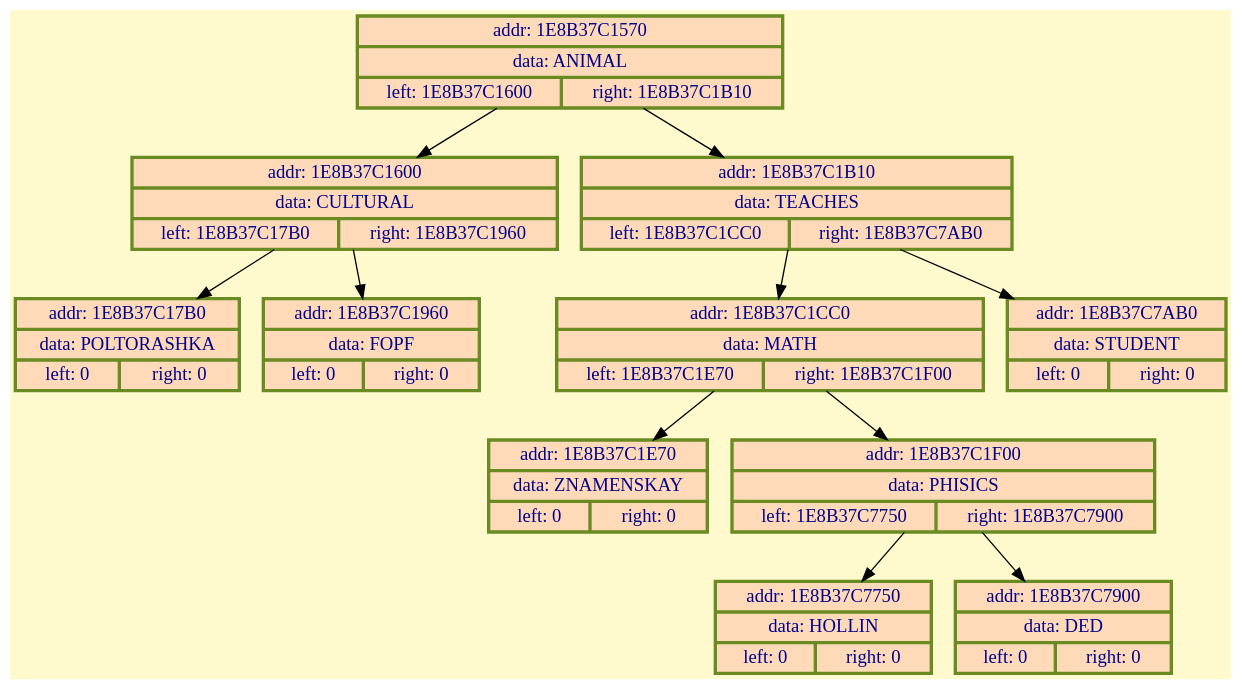
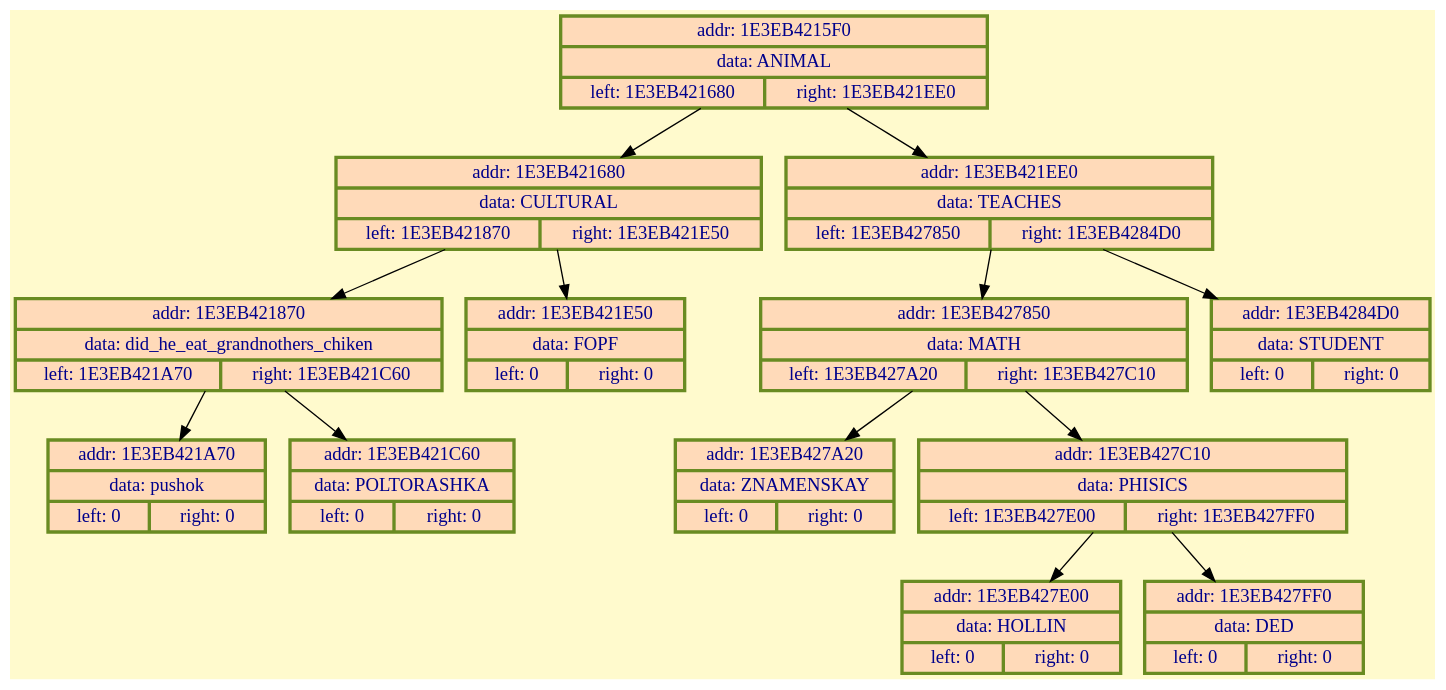
Before and after one commit to BulgakovDmitry/AKINATOR: the diagram in dumpFile.gv, drawn with Graphviz. The commit also changed 4 other files, not shown here.

```diff
--- a/dumpFile.gv
+++ b/dumpFile.gv
@@ -1,18 +1,20 @@
 digraph
 {
     node [ style = filled, fontcolor=darkblue, fillcolor=peachpuff, color="#252A34", penwidth = 2.5 ];
     bgcolor = "lemonchiffon";
 
-    node_000001e8b37c1570 [shape=record, color=olivedrab4, label=" {addr: 1E8B37C1570 | data: ANIMAL | {left: 1E8B37C1600 | right: 1E8B37C1B10}} "];
-    node_000001e8b37c1600 [shape=record, color=olivedrab4, label=" {addr: 1E8B37C1600 | data: CULTURAL | {left: 1E8B37C17B0 | right: 1E8B37C1960}} "];
-    node_000001e8b37c17b0 [shape=record, color=olivedrab4, label=" {addr: 1E8B37C17B0 | data: POLTORASHKA | {left: 0 | right: 0}} "];
-    node_000001e8b37c1960 [shape=record, color=olivedrab4, label=" {addr: 1E8B37C1960 | data: FOPF | {left: 0 | right: 0}} "];
-    node_000001e8b37c1b10 [shape=record, color=olivedrab4, label=" {addr: 1E8B37C1B10 | data: TEACHES | {left: 1E8B37C1CC0 | right: 1E8B37C7AB0}} "];
-    node_000001e8b37c1cc0 [shape=record, color=olivedrab4, label=" {addr: 1E8B37C1CC0 | data: MATH | {left: 1E8B37C1E70 | right: 1E8B37C1F00}} "];
-    node_000001e8b37c1e70 [shape=record, color=olivedrab4, label=" {addr: 1E8B37C1E70 | data: ZNAMENSKAY | {left: 0 | right: 0}} "];
-    node_000001e8b37c1f00 [shape=record, color=olivedrab4, label=" {addr: 1E8B37C1F00 | data: PHISICS | {left: 1E8B37C7750 | right: 1E8B37C7900}} "];
-    node_000001e8b37c7750 [shape=record, color=olivedrab4, label=" {addr: 1E8B37C7750 | data: HOLLIN | {left: 0 | right: 0}} "];
-    node_000001e8b37c7900 [shape=record, color=olivedrab4, label=" {addr: 1E8B37C7900 | data: DED | {left: 0 | right: 0}} "];
-    node_000001e8b37c7ab0 [shape=record, color=olivedrab4, label=" {addr: 1E8B37C7AB0 | data: STUDENT | {left: 0 | right: 0}} "];
-    node_000001e8b37c1570 -> node_000001e8b37c1600     node_000001e8b37c1600 -> node_000001e8b37c17b0     node_000001e8b37c1600 -> node_000001e8b37c1960    node_000001e8b37c1570 -> node_000001e8b37c1b10    node_000001e8b37c1b10 -> node_000001e8b37c1cc0     node_000001e8b37c1cc0 -> node_000001e8b37c1e70     node_000001e8b37c1cc0 -> node_000001e8b37c1f00    node_000001e8b37c1f00 -> node_000001e8b37c7750     node_000001e8b37c1f00 -> node_000001e8b37c7900    node_000001e8b37c1b10 -> node_000001e8b37c7ab0
+    node_000001e3eb4215f0 [shape=record, color=olivedrab4, label=" {addr: 1E3EB4215F0 | data: ANIMAL | {left: 1E3EB421680 | right: 1E3EB421EE0}} "];
+    node_000001e3eb421680 [shape=record, color=olivedrab4, label=" {addr: 1E3EB421680 | data: CULTURAL | {left: 1E3EB421870 | right: 1E3EB421E50}} "];
+    node_000001e3eb421870 [shape=record, color=olivedrab4, label=" {addr: 1E3EB421870 | data: did_he_eat_grandnothers_chiken | {left: 1E3EB421A70 | right: 1E3EB421C60}} "];
+    node_000001e3eb421a70 [shape=record, color=olivedrab4, label=" {addr: 1E3EB421A70 | data: pushok | {left: 0 | right: 0}} "];
+    node_000001e3eb421c60 [shape=record, color=olivedrab4, label=" {addr: 1E3EB421C60 | data: POLTORASHKA | {left: 0 | right: 0}} "];
+    node_000001e3eb421e50 [shape=record, color=olivedrab4, label=" {addr: 1E3EB421E50 | data: FOPF | {left: 0 | right: 0}} "];
+    node_000001e3eb421ee0 [shape=record, color=olivedrab4, label=" {addr: 1E3EB421EE0 | data: TEACHES | {left: 1E3EB427850 | right: 1E3EB4284D0}} "];
+    node_000001e3eb427850 [shape=record, color=olivedrab4, label=" {addr: 1E3EB427850 | data: MATH | {left: 1E3EB427A20 | right: 1E3EB427C10}} "];
+    node_000001e3eb427a20 [shape=record, color=olivedrab4, label=" {addr: 1E3EB427A20 | data: ZNAMENSKAY | {left: 0 | right: 0}} "];
+    node_000001e3eb427c10 [shape=record, color=olivedrab4, label=" {addr: 1E3EB427C10 | data: PHISICS | {left: 1E3EB427E00 | right: 1E3EB427FF0}} "];
+    node_000001e3eb427e00 [shape=record, color=olivedrab4, label=" {addr: 1E3EB427E00 | data: HOLLIN | {left: 0 | right: 0}} "];
+    node_000001e3eb427ff0 [shape=record, color=olivedrab4, label=" {addr: 1E3EB427FF0 | data: DED | {left: 0 | right: 0}} "];
+    node_000001e3eb4284d0 [shape=record, color=olivedrab4, label=" {addr: 1E3EB4284D0 | data: STUDENT | {left: 0 | right: 0}} "];
+    node_000001e3eb4215f0 -> node_000001e3eb421680     node_000001e3eb421680 -> node_000001e3eb421870     node_000001e3eb421870 -> node_000001e3eb421a70     node_000001e3eb421870 -> node_000001e3eb421c60    node_000001e3eb421680 -> node_000001e3eb421e50    node_000001e3eb4215f0 -> node_000001e3eb421ee0    node_000001e3eb421ee0 -> node_000001e3eb427850     node_000001e3eb427850 -> node_000001e3eb427a20     node_000001e3eb427850 -> node_000001e3eb427c10    node_000001e3eb427c10 -> node_000001e3eb427e00     node_000001e3eb427c10 -> node_000001e3eb427ff0    node_000001e3eb421ee0 -> node_000001e3eb4284d0
 }
```
